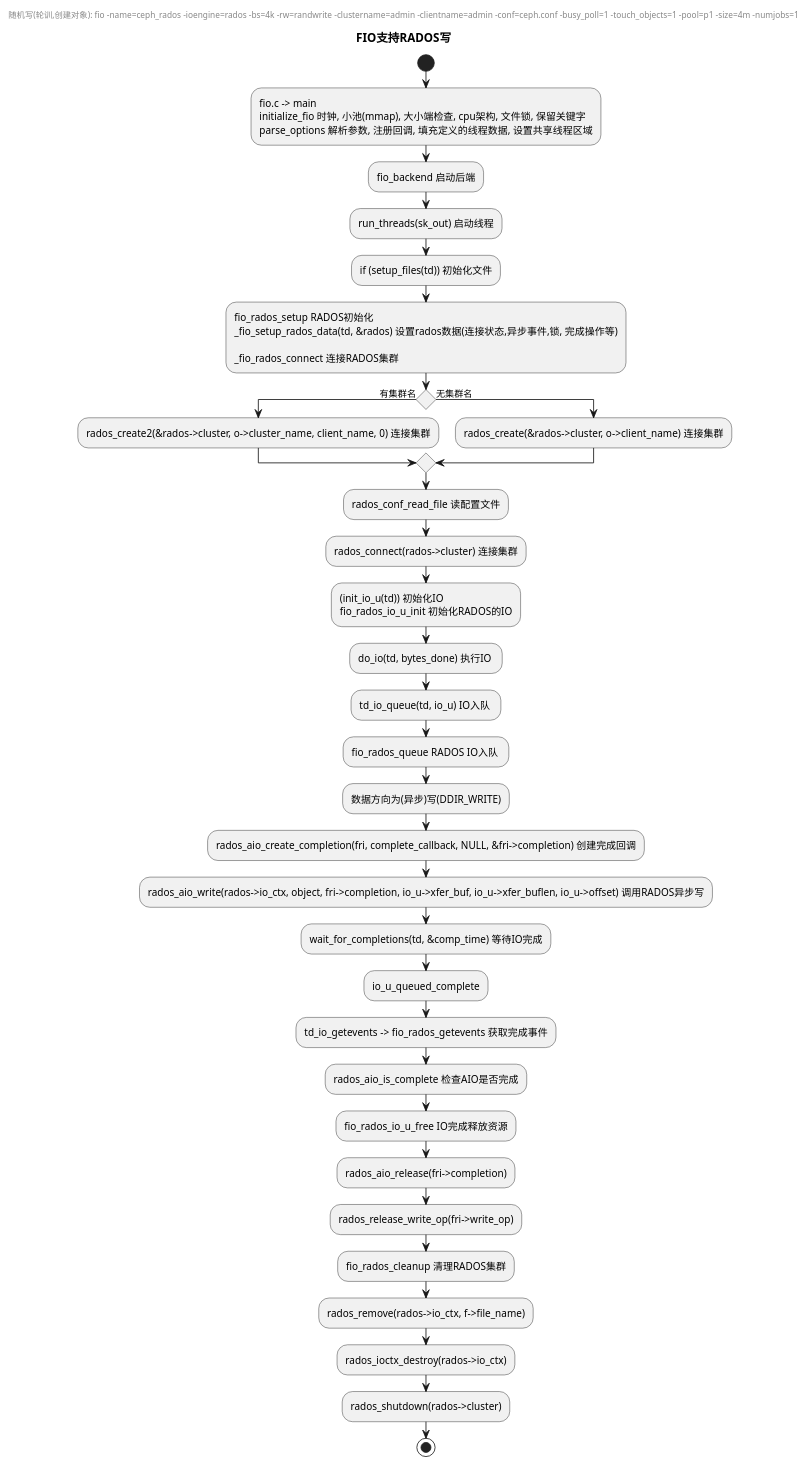
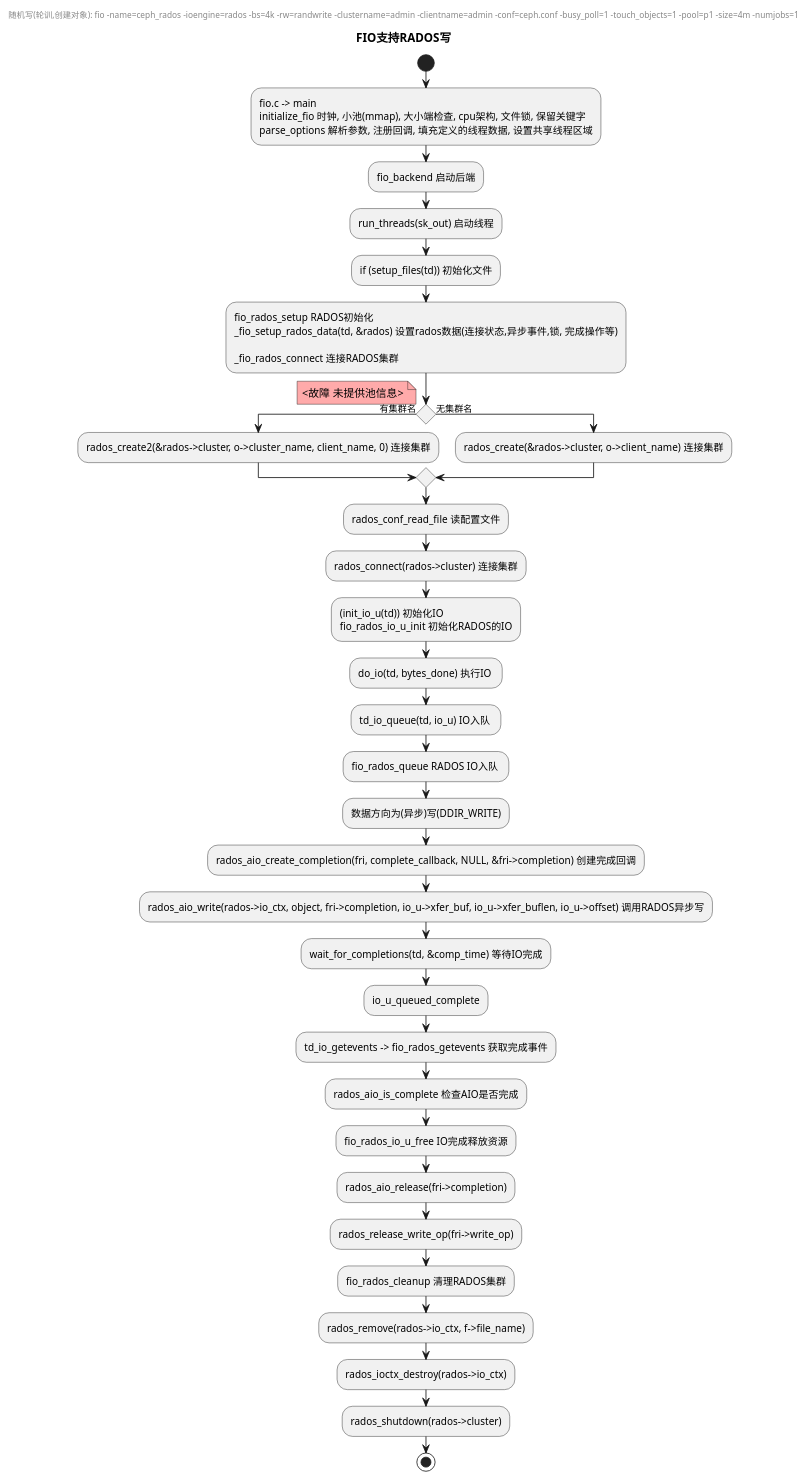
One commit to ssbandjl/ceph changed the diagram in flow/ceph_fio_rados_flow_aio_write.pu. Above: the diagram before and after it, drawn with PlantUML. The commit also changed 2 other files, not shown here.

```diff
--- a/flow/ceph_fio_rados_flow_aio_write.pu
+++ b/flow/ceph_fio_rados_flow_aio_write.pu
@@ -8,61 +8,63 @@
 @startuml
 
 title FIO支持RADOS写
 header 随机写(轮训,创建对象): fio -name=ceph_rados -ioengine=rados -bs=4k -rw=randwrite -clustername=admin -clientname=admin -conf=ceph.conf -busy_poll=1 -touch_objects=1 -pool=p1 -size=4m -numjobs=1
 
 
 
 
 start
 
 :fio.c -> main
 initialize_fio 时钟, 小池(mmap), 大小端检查, cpu架构, 文件锁, 保留关键字
 parse_options 解析参数, 注册回调, 填充定义的线程数据, 设置共享线程区域;
 
 :fio_backend 启动后端;
 :run_threads(sk_out) 启动线程;
 :if (setup_files(td)) 初始化文件;
 :fio_rados_setup RADOS初始化
 _fio_setup_rados_data(td, &rados) 设置rados数据(连接状态,异步事件,锁, 完成操作等)
 
 _fio_rados_connect 连接RADOS集群;
 if () then(有集群名)
   :rados_create2(&rados->cluster, o->cluster_name, client_name, 0) 连接集群;
 else (无集群名)
   :rados_create(&rados->cluster, o->client_name) 连接集群; 
 endif
+
+note #FFAAAA: <故障 未提供池信息>
 
 :rados_conf_read_file 读配置文件;
 :rados_connect(rados->cluster) 连接集群;
 
 :(init_io_u(td)) 初始化IO
 fio_rados_io_u_init 初始化RADOS的IO;
 
 
 :do_io(td, bytes_done) 执行IO ;
 :td_io_queue(td, io_u) IO入队 ;
 :fio_rados_queue RADOS IO入队 ;
 
 
 :数据方向为(异步)写(DDIR_WRITE);
 :rados_aio_create_completion(fri, complete_callback, NULL, &fri->completion) 创建完成回调;
 :rados_aio_write(rados->io_ctx, object, fri->completion, io_u->xfer_buf, io_u->xfer_buflen, io_u->offset) 调用RADOS异步写;
 
 :wait_for_completions(td, &comp_time) 等待IO完成;
 :io_u_queued_complete;
 :td_io_getevents -> fio_rados_getevents 获取完成事件;
 :rados_aio_is_complete 检查AIO是否完成;
 
 :fio_rados_io_u_free IO完成释放资源;
 :rados_aio_release(fri->completion);
 :rados_release_write_op(fri->write_op);
 
 :fio_rados_cleanup 清理RADOS集群;
 :rados_remove(rados->io_ctx, f->file_name);
 :rados_ioctx_destroy(rados->io_ctx);
 :rados_shutdown(rados->cluster);
 
 
 stop
 
 @enduml
```
